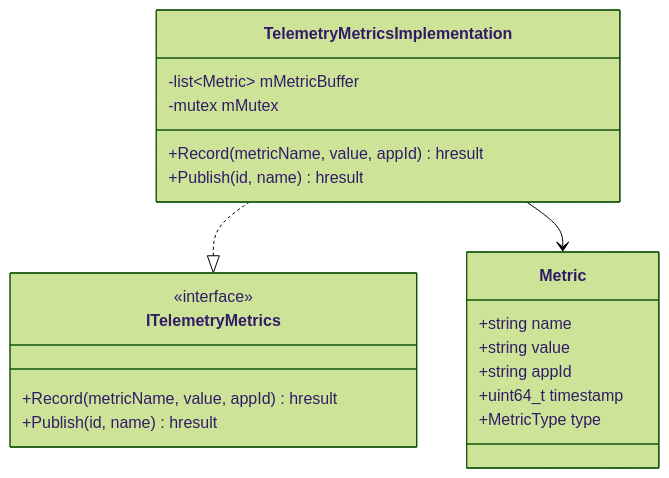
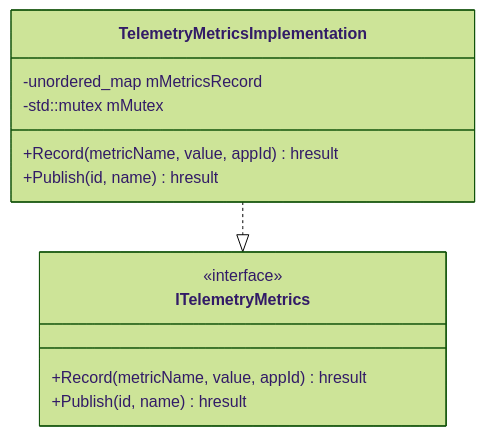
One commit to rdkcentral/entservices-appmanagers changed the second of 4 diagrams in TelemetryMetrics/TelemetryMetrics.md. Above: the diagram before and after it, drawn with Mermaid (forest theme). The commit also changed other lines of this file, not shown here.

Commit message:
Potential fix for pull request finding

````diff
--- a/TelemetryMetrics/TelemetryMetrics.md
+++ b/TelemetryMetrics/TelemetryMetrics.md
@@ -65,26 +65,17 @@
 ```mermaid
 classDiagram
     class TelemetryMetricsImplementation {
-        -list~Metric~ mMetricBuffer
-        -mutex mMutex
+        -unordered_map<string, Json::Value> mMetricsRecord
+        -std::mutex mMutex
         +Record(metricName, value, appId) hresult
         +Publish(id, name) hresult
-    }
-
-    class Metric {
-        +string name
-        +string value
-        +string appId
-        +uint64_t timestamp
-        +MetricType type
     }
 
     class ITelemetryMetrics {
         <<interface>>
         +Record(metricName, value, appId) hresult
         +Publish(id, name) hresult
     }
 
     TelemetryMetricsImplementation ..|> ITelemetryMetrics
-    TelemetryMetricsImplementation --> Metric
 ```
````
